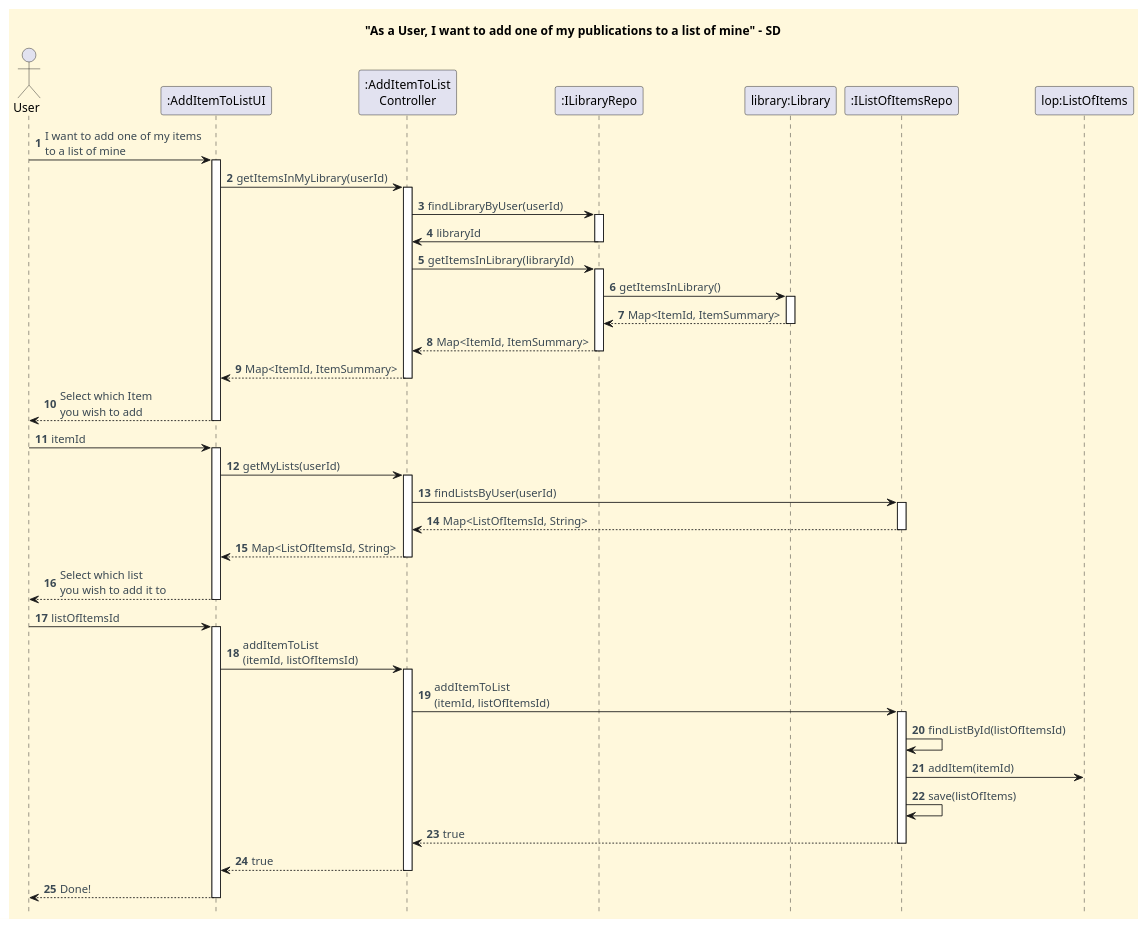
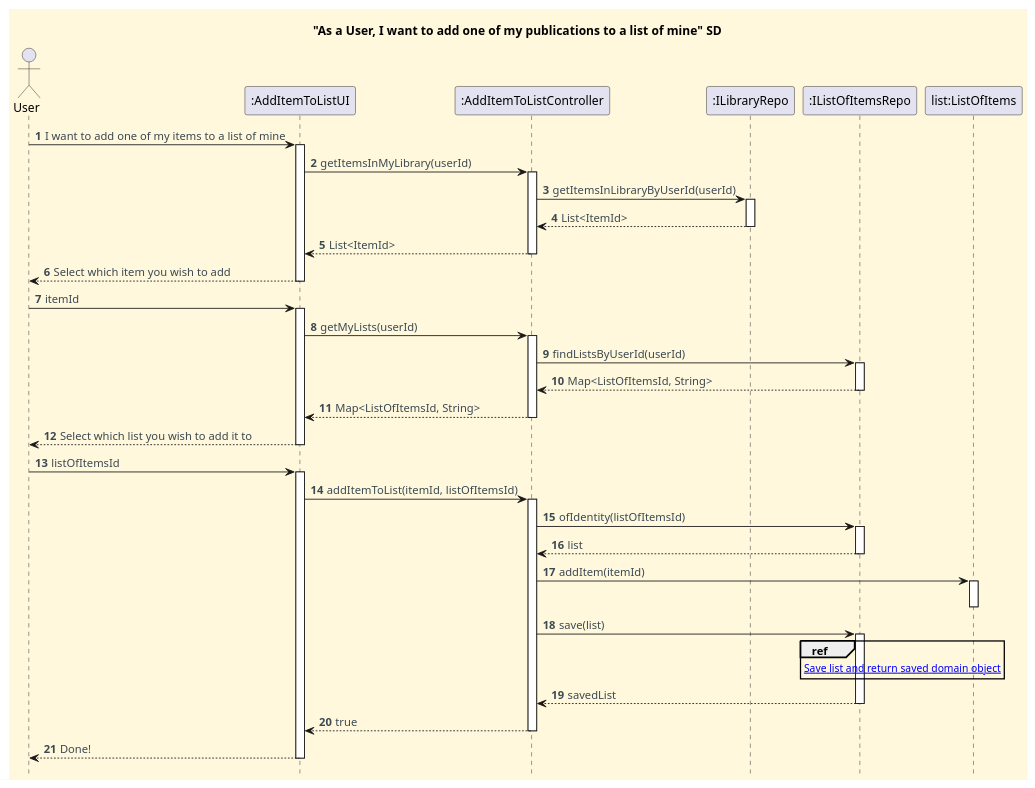
One commit to CarolinaLeite-collab/JavaMarketplacePlatform changed the diagram in docs/functionalities/user/add-my-publication-to-my-list/Add_My_Publication_To_My_List_SD.puml. Above: the diagram before and after it, drawn with PlantUML. The commit also changed 3 other files, not shown here.

Commit message:
Feat: Update US018 CD, SD and ref diagrams, Refs: #716

```diff
--- a/docs/functionalities/user/add-my-publication-to-my-list/Add_My_Publication_To_My_List_SD.puml
+++ b/docs/functionalities/user/add-my-publication-to-my-list/Add_My_Publication_To_My_List_SD.puml
@@ -1,86 +1,82 @@
 @startuml
-'https://plantuml.com/sequence-diagram
+title "As a User, I want to add one of my publications to a list of mine" SD
 hide footbox
-title "As a User, I want to add one of my publications to a list of mine" - SD
 
-'==== basic style ====
 skinparam monochrome false
 skinparam shadowing false
 skinparam defaultFontName Futura
 skinparam objectFontSize 20
 skinparam backgroundColor CornSilk
 skinparam objectBackgroundColor WhiteSmoke
 skinparam noteBackgroundColor #FFFFE0
 skinparam ArrowFontColor #3B4953
 skinparam ActivationBackgroundColor black
 
 autonumber
 autoactivate off
 
-'==== Actor and Participants ===='
-actor User
+actor "User"
+participant ":AddItemToListUI" as UI
+participant ":AddItemToListController" as Ctl
+participant ":ILibraryRepo" as ILibraryRepo
+participant ":IListOfItemsRepo" as IListRepo
 
-participant ":AddItemToListUI" as UI
-participant ":AddItemToList\nController" as Ctl
-participant ":ILibraryRepo" as ILibraryRepo
-participant "library:Library" as library
-participant ":IListOfItemsRepo" as IListRepo
-participant "lop:ListOfItems" as ListOfItems
+"User" -> UI : I want to add one of my items to a list of mine
+activate UI
 
-'==== Interactions ===='
-
-'==== User selects the item ===='
-User -> UI : I want to add one of my items\nto a list of mine
-activate UI
 UI -> Ctl : getItemsInMyLibrary(userId)
 activate Ctl
-Ctl -> ILibraryRepo : findLibraryByUser(userId)
+Ctl -> ILibraryRepo : getItemsInLibraryByUserId(userId)
 activate ILibraryRepo
-ILibraryRepo -> Ctl : libraryId
+ILibraryRepo --> Ctl : List<ItemId>
 deactivate ILibraryRepo
-Ctl -> ILibraryRepo: getItemsInLibrary(libraryId)
-activate ILibraryRepo
-ILibraryRepo -> library : getItemsInLibrary()
-activate library
-library --> ILibraryRepo : Map<ItemId, ItemSummary>
-deactivate library
-ILibraryRepo --> Ctl : Map<ItemId, ItemSummary>
-deactivate ILibraryRepo
-Ctl --> UI : Map<ItemId, ItemSummary>
+Ctl --> UI : List<ItemId>
 deactivate Ctl
-UI --> User : Select which Item\nyou wish to add
+
+UI --> "User" : Select which item you wish to add
 deactivate UI
-User -> UI: itemId
+"User" -> UI : itemId
 activate UI
 
-'==== User selects the destination list ===='
 UI -> Ctl : getMyLists(userId)
 activate Ctl
-Ctl -> IListRepo : findListsByUser(userId)
+Ctl -> IListRepo : findListsByUserId(userId)
 activate IListRepo
 IListRepo --> Ctl : Map<ListOfItemsId, String>
 deactivate IListRepo
 Ctl --> UI : Map<ListOfItemsId, String>
 deactivate Ctl
-UI --> User : Select which list\nyou wish to add it to
+
+UI --> "User" : Select which list you wish to add it to
 deactivate UI
-User -> UI : listOfItemsId
+"User" -> UI : listOfItemsId
 activate UI
 
-'==== Use Case execution ===='
-UI -> Ctl : addItemToList\n(itemId, listOfItemsId)
+UI -> Ctl : addItemToList(itemId, listOfItemsId)
 activate Ctl
-Ctl  -> IListRepo : addItemToList\n(itemId, listOfItemsId)
+
+Ctl -> IListRepo : ofIdentity(listOfItemsId)
 activate IListRepo
-IListRepo -> IListRepo: findListById(listOfItemsId)
-IListRepo -> ListOfItems : addItem(itemId)
-IListRepo -> IListRepo: save(listOfItems)
-IListRepo --> Ctl: true
+IListRepo --> Ctl : list
 deactivate IListRepo
+
+Ctl -> "list:ListOfItems" : addItem(itemId)
+activate "list:ListOfItems"
+deactivate "list:ListOfItems"
+
+Ctl -> IListRepo : save(list)
+
+ref over IListRepo
+[[sd-ref-diagrams/Save_ListOfItems.puml Save list and return saved domain object]]
+end ref
+
+activate IListRepo
+IListRepo --> Ctl : savedList
+deactivate IListRepo
+
 Ctl --> UI : true
 deactivate Ctl
-UI --> User : Done!
+UI --> "User" : Done!
 deactivate UI
 
-
 @enduml
```
